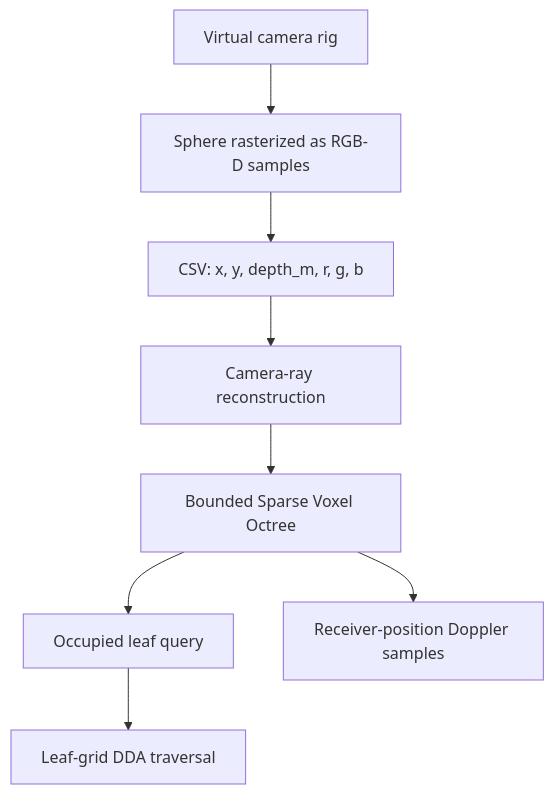
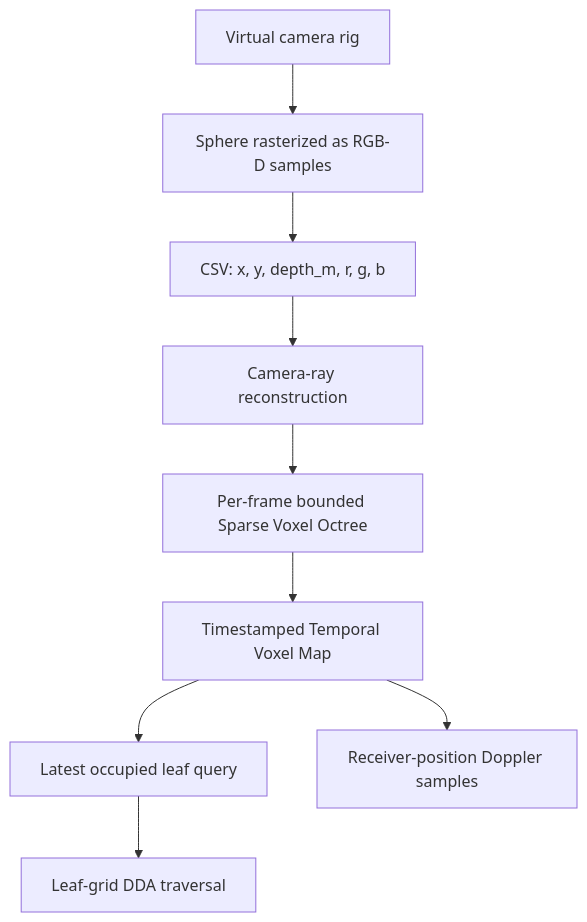
Before and after one commit to gusinistro/voxel4d: the diagram in docs/architecture.md, drawn with Mermaid. The commit also changed other lines of this file and 8 other files, not shown here.

Commit message:
feat: add timestamped temporal voxel snapshots

````diff
--- a/docs/architecture.md
+++ b/docs/architecture.md
@@ -11,10 +11,11 @@
 ```mermaid
 flowchart TD
     A[Virtual camera rig] --> B[Sphere rasterized as RGB-D samples]
     B --> C[CSV: x, y, depth_m, r, g, b]
     C --> D[Camera-ray reconstruction]
-    D --> E[Bounded Sparse Voxel Octree]
-    E --> F[Occupied leaf query]
-    F --> G[Leaf-grid DDA traversal]
-    E --> H[Receiver-position Doppler samples]
+    D --> E[Per-frame bounded Sparse Voxel Octree]
+    E --> F[Timestamped Temporal Voxel Map]
+    F --> G[Latest occupied leaf query]
+    G --> H[Leaf-grid DDA traversal]
+    F --> I[Receiver-position Doppler samples]
 ```
````
